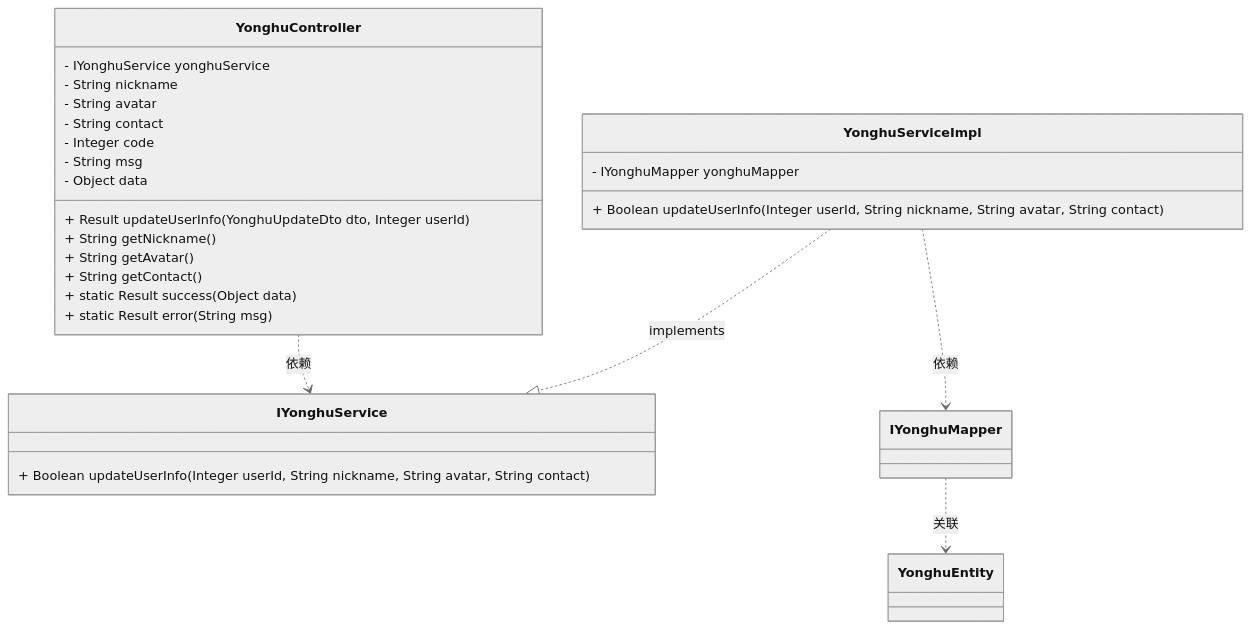
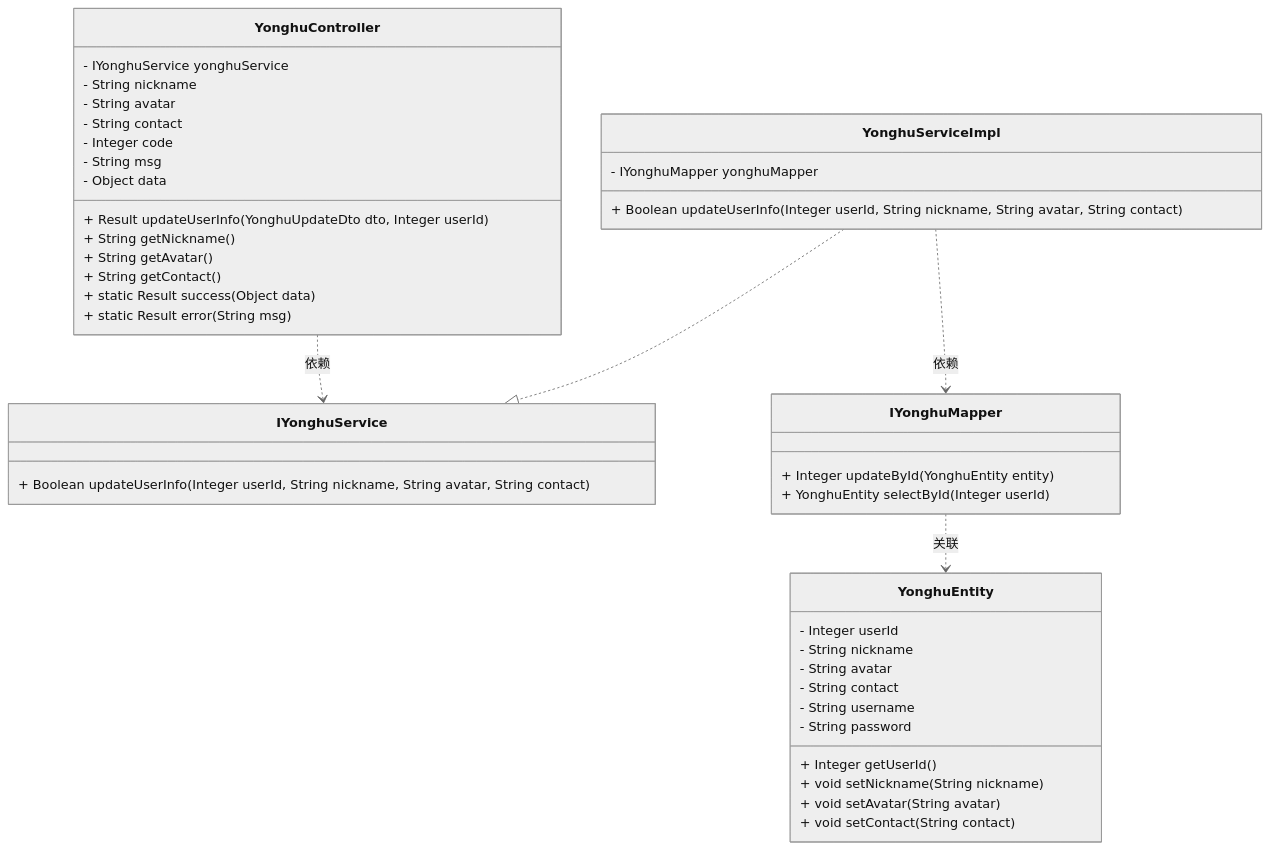
One commit to DEbalanceUX/iodraw-files changed the diagram in all/未命名-5.md. Above: the diagram before and after it, drawn with Mermaid (neutral theme).

Commit message:
2025-12-26 03:40:19 update

````diff
--- a/all/未命名-5.md
+++ b/all/未命名-5.md
@@ -1,36 +1,54 @@
 ```mermaid
 classDiagram
     %% 关系定义（适配iodraw）
-    YonghuServiceImpl ..|> IYonghuService : implements
+    YonghuServiceImpl ..|> IYonghuService : 
     YonghuController ..> IYonghuService : 依赖
     YonghuServiceImpl ..> IYonghuMapper : 依赖
     IYonghuMapper ..> YonghuEntity : 关联
 
    
     class YonghuController {
         - IYonghuService yonghuService
         + Result updateUserInfo(YonghuUpdateDto dto, Integer userId)
         - String nickname
         - String avatar
         - String contact
         + String getNickname()
         + String getAvatar()
         + String getContact()
         - Integer code
         - String msg
         - Object data
         + static Result success(Object data)
         + static Result error(String msg)
     }
 
     class IYonghuService{
         + Boolean updateUserInfo(Integer userId, String nickname, String avatar, String contact)
     }
 
 
     class YonghuServiceImpl {
         - IYonghuMapper yonghuMapper
         + Boolean updateUserInfo(Integer userId, String nickname, String avatar, String contact)
     }
+%% Mapper接口（改用<<interface>>标注）
+    class IYonghuMapper {
+        + Integer updateById(YonghuEntity entity)
+        + YonghuEntity selectById(Integer userId)
+    }
 
+    %% Entity层
+    class YonghuEntity {
+        - Integer userId
+        - String nickname
+        - String avatar
+        - String contact
+        - String username
+        - String password
+        + Integer getUserId()
+        + void setNickname(String nickname)
+        + void setAvatar(String avatar)
+        + void setContact(String contact)
+    }
 ```
````
